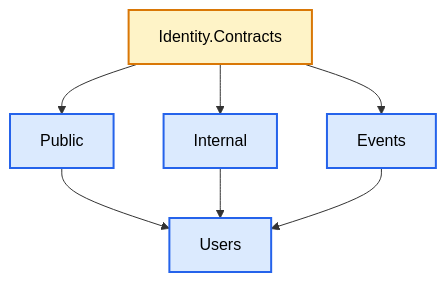
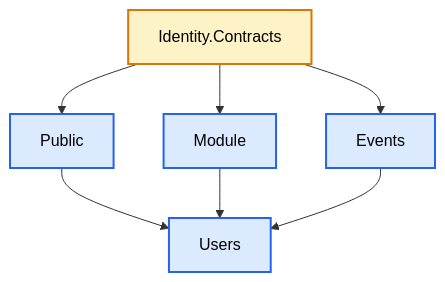
The first of 2 diagrams in docs/architecture/04-contracts.md (soufiane-rizk/Jobwize), drawn with Mermaid before and after one commit. The commit also changed other lines of this file and 10 other files, not shown here.

Commit message:
docs(architecture): document the new runtime architecture

````diff
--- a/docs/architecture/04-contracts.md
+++ b/docs/architecture/04-contracts.md
@@ -57,25 +57,25 @@
 ```mermaid
 flowchart TD
 
     CONTRACTS["Identity.Contracts"]
 
     PUBLIC["Public"]
-    INTERNAL["Internal"]
+    INTERNAL["Module"]
     EVENTS["Events"]
 
     CONTRACTS --> PUBLIC
     CONTRACTS --> INTERNAL
     CONTRACTS --> EVENTS
 
     USERS["Users"]
 
     PUBLIC --> USERS
     INTERNAL --> USERS
     EVENTS --> USERS
 
     classDef project fill:#fef3c7,stroke:#d97706,color:#000,stroke-width:2px;
     classDef folder fill:#dbeafe,stroke:#2563eb,color:#000,stroke-width:2px;
 
     class CONTRACTS project;
     class PUBLIC,INTERNAL,EVENTS,USERS folder;
 ```
````
